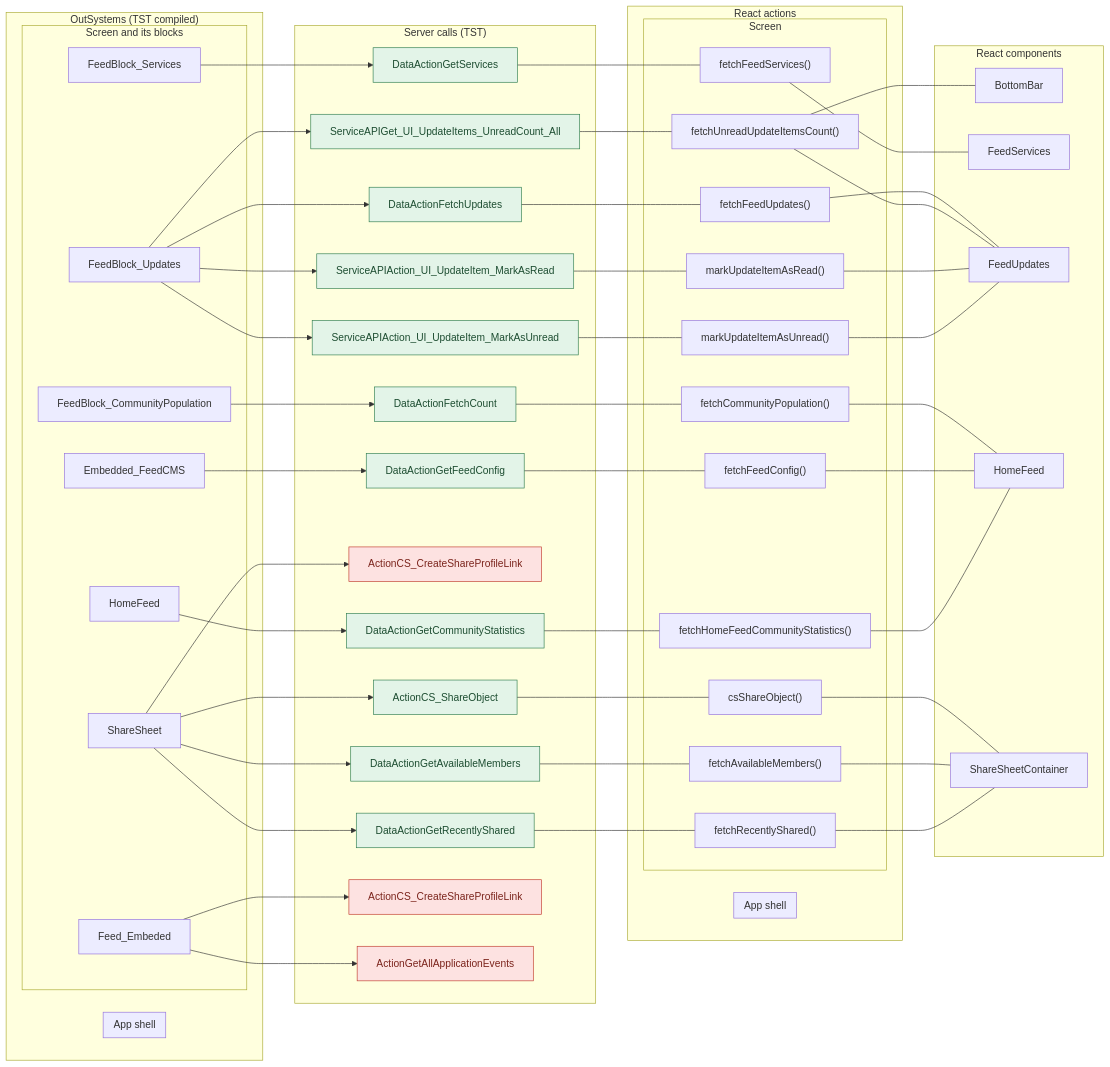
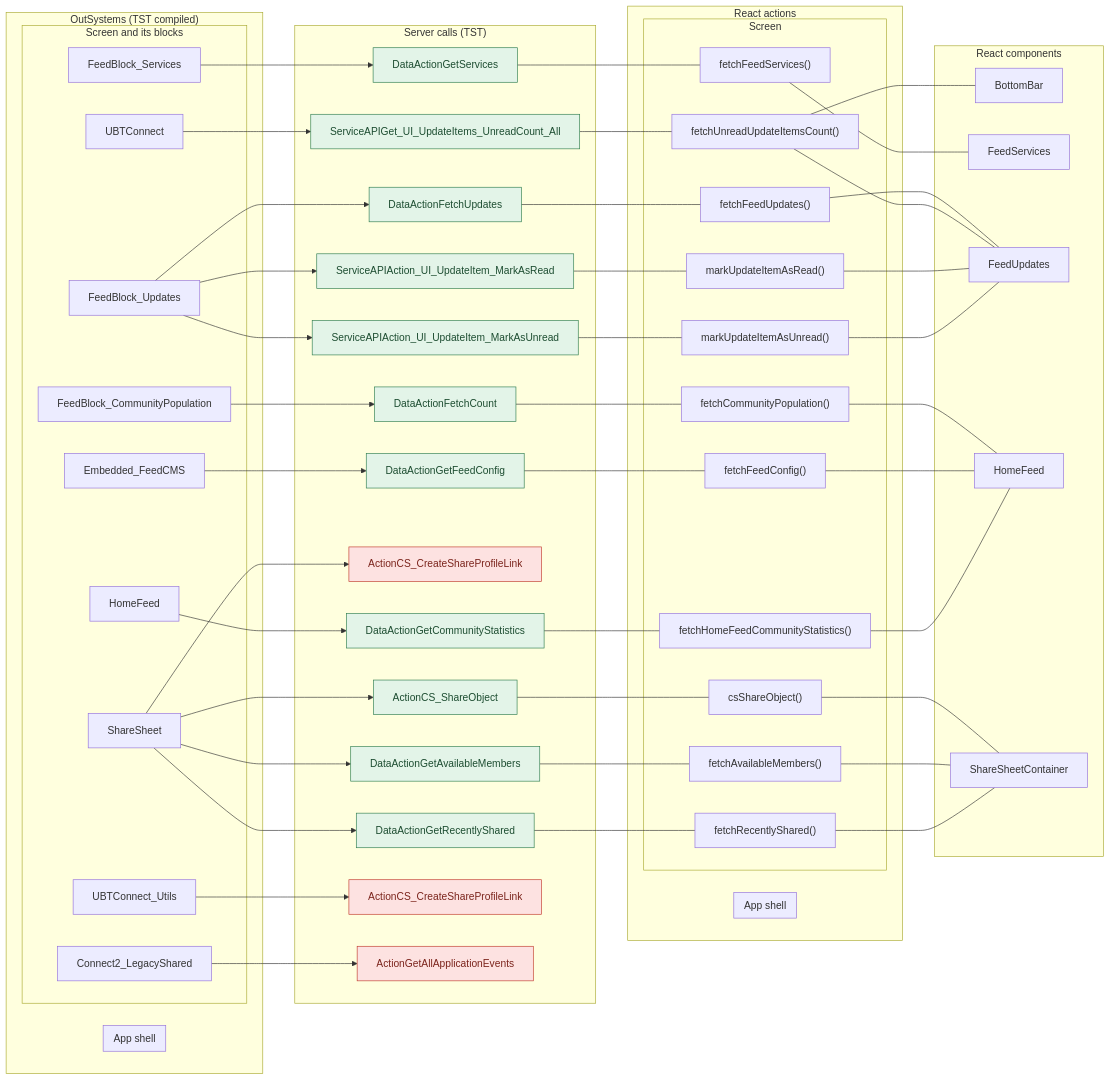
The first of 51 diagrams in migration/route-actions/HomeFeed.md (Phoenix-DX/connect-new-ui), drawn with Mermaid before and after one commit. The commit also changed other lines of this file and 9 other files, not shown here.

Commit message:
route actions: facts only; user actions as two independent lists (OutSystems view bindings, React JSX bindings) with Mermaid sequences; factual call columns (direct caller, chains, React references); app shell by definition (survey shell, main.tsx code); constants read for React paths

````diff
--- a/migration/route-actions/HomeFeed.md
+++ b/migration/route-actions/HomeFeed.md
@@ -52,94 +53,96 @@
     subgraph OS_shell["App shell"]
     end
     subgraph OS_screen["Screen and its blocks"]
-      o0["Embedded_FeedCMS"]
-      o1["FeedBlock_CommunityPopulation"]
-      o2["FeedBlock_Services"]
-      o3["FeedBlock_Updates"]
-      o4["Feed_Embeded"]
+      o0["Connect2_LegacyShared"]
+      o1["Embedded_FeedCMS"]
+      o2["FeedBlock_CommunityPopulation"]
+      o3["FeedBlock_Services"]
+      o4["FeedBlock_Updates"]
       o5["HomeFeed"]
       o6["ShareSheet"]
+      o7["UBTConnect"]
+      o8["UBTConnect_Utils"]
     end
   end
   subgraph EP["Server calls (TST)"]
-    e7["DataActionGetFeedConfig"]
-    e8["DataActionGetCommunityStatistics"]
-    e9["DataActionFetchUpdates"]
-    e10["DataActionFetchCount"]
-    e11["DataActionGetServices"]
-    e12["ServiceAPIAction_UI_UpdateItem_MarkAsRead"]
-    e13["ServiceAPIAction_UI_UpdateItem_MarkAsUnread"]
-    e14["ActionCS_CreateShareProfileLink"]
-    e15["ActionCS_ShareObject"]
-    e16["DataActionGetAvailableMembers"]
-    e17["DataActionGetRecentlyShared"]
-    e18["ServiceAPIGet_UI_UpdateItems_UnreadCount_All"]
-    e19["ActionCS_CreateShareProfileLink"]
-    e20["ActionGetAllApplicationEvents"]
+    e9["DataActionGetFeedConfig"]
+    e10["DataActionGetCommunityStatistics"]
+    e11["DataActionFetchUpdates"]
+    e12["DataActionFetchCount"]
+    e13["DataActionGetServices"]
+    e14["ServiceAPIAction_UI_UpdateItem_MarkAsRead"]
+    e15["ServiceAPIAction_UI_UpdateItem_MarkAsUnread"]
+    e16["ActionCS_CreateShareProfileLink"]
+    e17["ActionCS_ShareObject"]
+    e18["DataActionGetAvailableMembers"]
+    e19["DataActionGetRecentlyShared"]
+    e20["ServiceAPIGet_UI_UpdateItems_UnreadCount_All"]
+    e21["ActionCS_CreateShareProfileLink"]
+    e22["ActionGetAllApplicationEvents"]
   end
   subgraph RE["React actions"]
     subgraph RE_shell["App shell"]
     end
     subgraph RE_page["Screen"]
-      r21["csShareObject()"]
-      r22["fetchAvailableMembers()"]
-      r23["fetchCommunityPopulation()"]
-      r24["fetchFeedConfig()"]
-      r25["fetchFeedServices()"]
-      r26["fetchFeedUpdates()"]
-      r27["fetchHomeFeedCommunityStatistics()"]
-      r28["fetchRecentlyShared()"]
-      r29["fetchUnreadUpdateItemsCount()"]
-      r30["markUpdateItemAsRead()"]
-      r31["markUpdateItemAsUnread()"]
+      r23["csShareObject()"]
+      r24["fetchAvailableMembers()"]
+      r25["fetchCommunityPopulation()"]
+      r26["fetchFeedConfig()"]
+      r27["fetchFeedServices()"]
+      r28["fetchFeedUpdates()"]
+      r29["fetchHomeFeedCommunityStatistics()"]
+      r30["fetchRecentlyShared()"]
+      r31["fetchUnreadUpdateItemsCount()"]
+      r32["markUpdateItemAsRead()"]
+      r33["markUpdateItemAsUnread()"]
     end
   end
   subgraph RC["React components"]
-    c32["BottomBar"]
-    c33["FeedServices"]
-    c34["FeedUpdates"]
-    c35["HomeFeed"]
-    c36["ShareSheetContainer"]
+    c34["BottomBar"]
+    c35["FeedServices"]
+    c36["FeedUpdates"]
+    c37["HomeFeed"]
+    c38["ShareSheetContainer"]
   end
-  r23 --- c35
-  r24 --- c35
+  r25 --- c37
+  r26 --- c37
+  r29 --- c37
+  r28 --- c36
+  r31 --- c36
+  r32 --- c36
+  r33 --- c36
   r27 --- c35
-  r26 --- c34
-  r29 --- c34
-  r30 --- c34
+  r23 --- c38
+  r24 --- c38
+  r30 --- c38
   r31 --- c34
-  r25 --- c33
-  r21 --- c36
-  r22 --- c36
-  r28 --- c36
-  r29 --- c32
-  o0 --> e7
-  o5 --> e8
-  o3 --> e9
-  o3 --> e12
+  o1 --> e9
+  o5 --> e10
+  o4 --> e11
+  o4 --> e14
+  o4 --> e15
+  o2 --> e12
   o3 --> e13
-  o3 --> e18
-  o1 --> e10
-  o2 --> e11
-  o6 --> e14
-  o6 --> e15
   o6 --> e16
   o6 --> e17
-  o4 --> e19
-  o4 --> e20
-  e7 --- r24
-  e8 --- r27
+  o6 --> e18
+  o6 --> e19
+  o7 --> e20
+  o8 --> e21
+  o0 --> e22
   e9 --- r26
-  e10 --- r23
-  e11 --- r25
-  e12 --- r30
-  e13 --- r31
-  e15 --- r21
-  e16 --- r22
-  e17 --- r28
-  e18 --- r29
+  e10 --- r29
+  e11 --- r28
+  e12 --- r25
+  e13 --- r27
+  e14 --- r32
+  e15 --- r33
+  e17 --- r23
+  e18 --- r24
+  e19 --- r30
+  e20 --- r31
   classDef missing fill:#fde2e1,stroke:#c0392b,color:#7b241c
   classDef ok fill:#e3f4e8,stroke:#2e7d4f,color:#1d4d31
-  class e14,e19,e20 missing
-  class e7,e8,e9,e10,e11,e12,e13,e15,e16,e17,e18 ok
+  class e16,e21,e22 missing
+  class e9,e10,e11,e12,e13,e14,e15,e17,e18,e19,e20 ok
 ```
````
